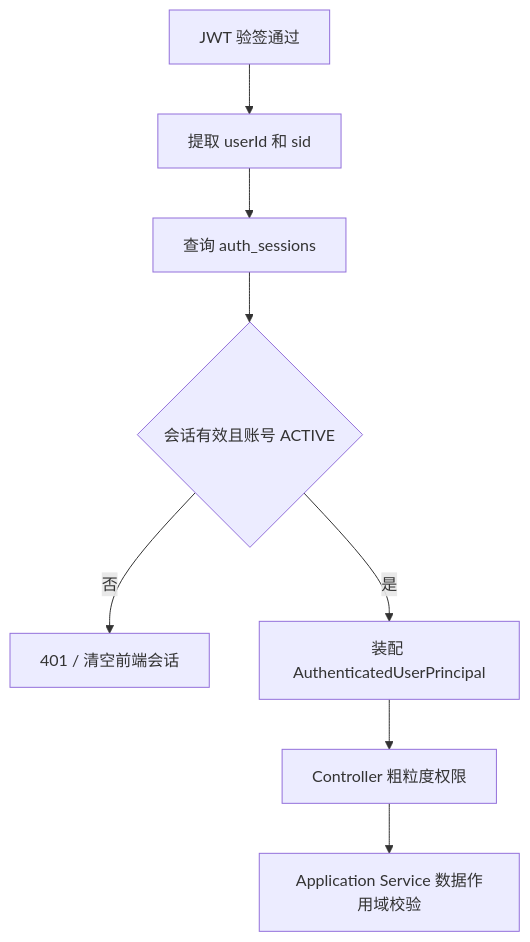
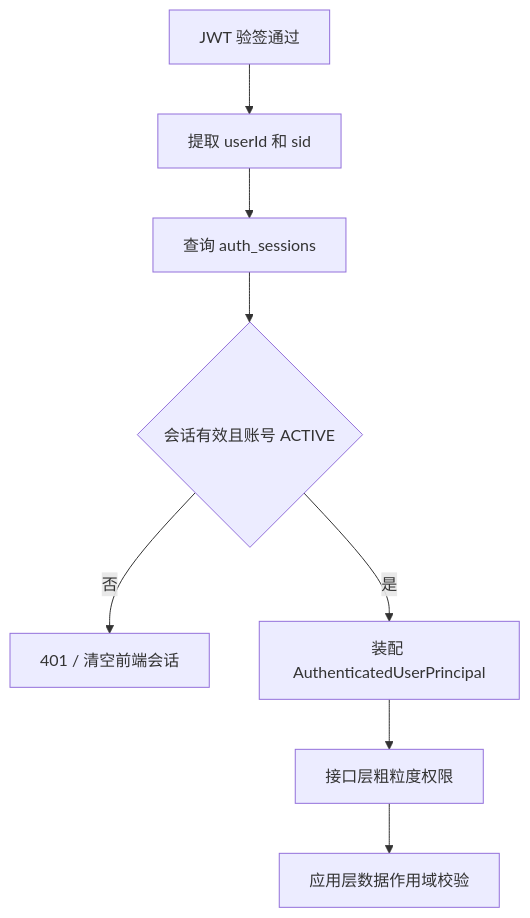
One commit to BUAA-SEProject/docs changed diagram 23 of 36 in 02-process-docs/detailed-design.md. Above: the diagram before and after it, drawn with Mermaid. The commit also changed other lines of this file and 6 other files, not shown here.

````diff
--- a/02-process-docs/detailed-design.md
+++ b/02-process-docs/detailed-design.md
@@ -554,10 +561,10 @@
 ```mermaid
 flowchart TD
   A["JWT 验签通过"] --> B["提取 userId 和 sid"]
   B --> C["查询 auth_sessions"]
   C --> D{"会话有效且账号 ACTIVE"}
   D -- 否 --> E["401 / 清空前端会话"]
   D -- 是 --> F["装配 AuthenticatedUserPrincipal"]
-  F --> G["Controller 粗粒度权限"]
-  G --> H["Application Service 数据作用域校验"]
+  F --> G["接口层粗粒度权限"]
+  G --> H["应用层数据作用域校验"]
 ```
````
